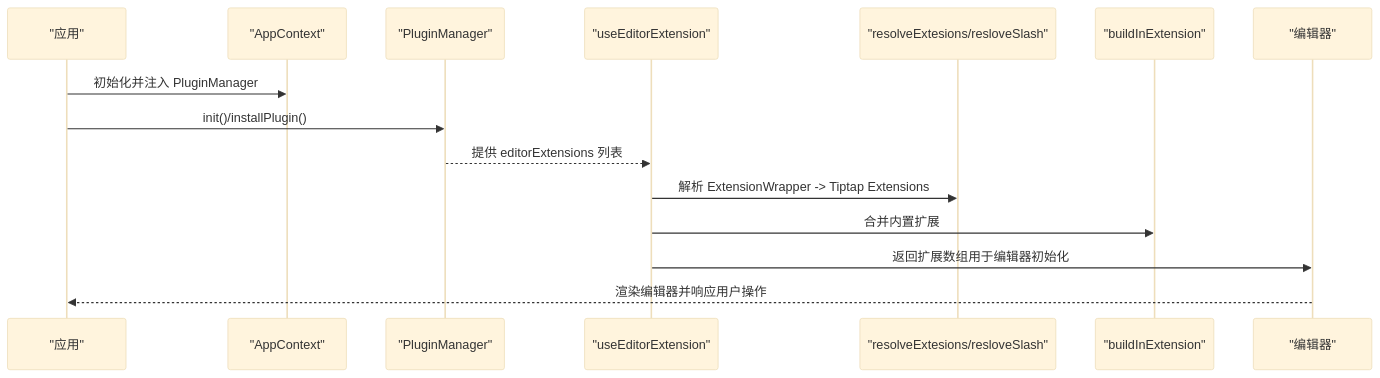
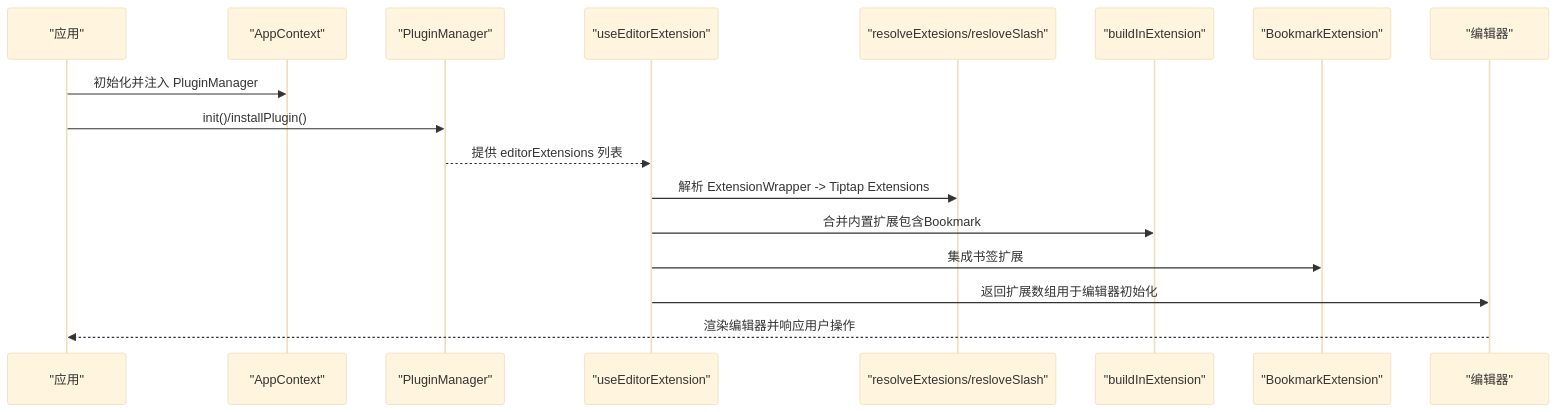
One commit to LRF0422/Kotion changed the second of 5 diagrams in .qoder/repowiki/zh/content/API参考/编辑器扩展API.md. Above: the diagram before and after it, drawn with Mermaid (base theme). The commit also changed other lines of this file and 75 other files, not shown here.

````diff
--- a/.qoder/repowiki/zh/content/API参考/编辑器扩展API.md
+++ b/.qoder/repowiki/zh/content/API参考/编辑器扩展API.md
@@ -119,17 +157,19 @@
 ```mermaid
 sequenceDiagram
 participant App as "应用"
 participant Ctx as "AppContext"
 participant PM as "PluginManager"
 participant UE as "useEditorExtension"
 participant KIT as "resolveExtesions/resloveSlash"
 participant BI as "buildInExtension"
+participant BE as "BookmarkExtension"
 participant ED as "编辑器"
 App->>Ctx : 初始化并注入 PluginManager
 App->>PM : init()/installPlugin()
 PM-->>UE : 提供 editorExtensions 列表
 UE->>KIT : 解析 ExtensionWrapper -> Tiptap Extensions
-UE->>BI : 合并内置扩展
+UE->>BI : 合并内置扩展包含Bookmark
+UE->>BE : 集成书签扩展
 UE->>ED : 返回扩展数组用于编辑器初始化
 ED-->>App : 渲染编辑器并响应用户操作
 ```
````
